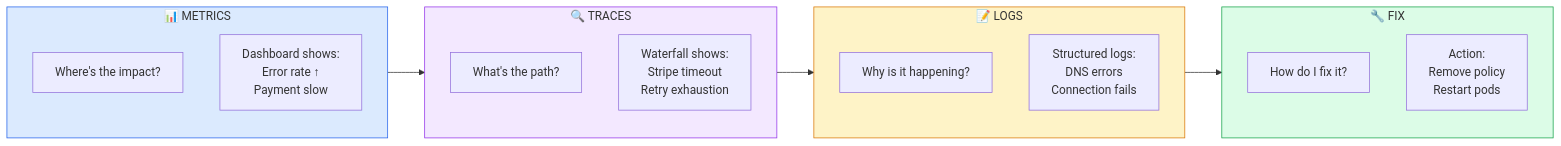
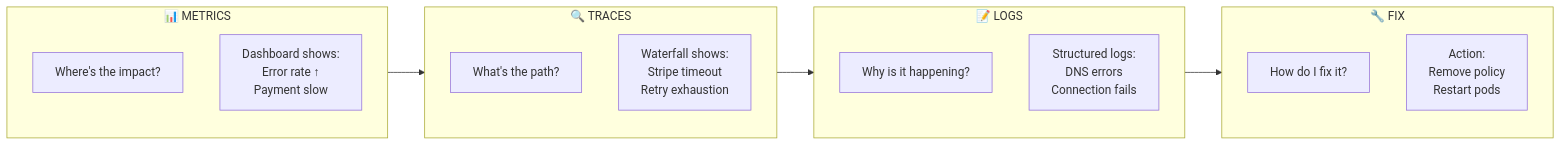
The second of 2 diagrams in docs/observability/debugging-walkthrough.md (shivam-g-mishra/blog), drawn with Mermaid before and after one commit. The commit also changed 23 other files, not shown here.

First line of the commit message:
fix: improve Mermaid diagram visibility in dark mode

````diff
--- a/docs/observability/debugging-walkthrough.md
+++ b/docs/observability/debugging-walkthrough.md
@@ -414,29 +414,24 @@
 ```mermaid
 flowchart LR
     subgraph metrics["📊 METRICS"]
         m1["Where's the impact?"]
         m2["Dashboard shows:<br/>Error rate ↑<br/>Payment slow"]
     end
     
     subgraph traces["🔍 TRACES"]
         t1["What's the path?"]
         t2["Waterfall shows:<br/>Stripe timeout<br/>Retry exhaustion"]
     end
     
     subgraph logs["📝 LOGS"]
         l1["Why is it happening?"]
         l2["Structured logs:<br/>DNS errors<br/>Connection fails"]
     end
     
     subgraph fix["🔧 FIX"]
         f1["How do I fix it?"]
         f2["Action:<br/>Remove policy<br/>Restart pods"]
     end
     
     metrics --> traces --> logs --> fix
-    
-    style metrics fill:#dbeafe,stroke:#2563eb
-    style traces fill:#f3e8ff,stroke:#9333ea
-    style logs fill:#fef3c7,stroke:#d97706
-    style fix fill:#dcfce7,stroke:#16a34a
 ```
````
